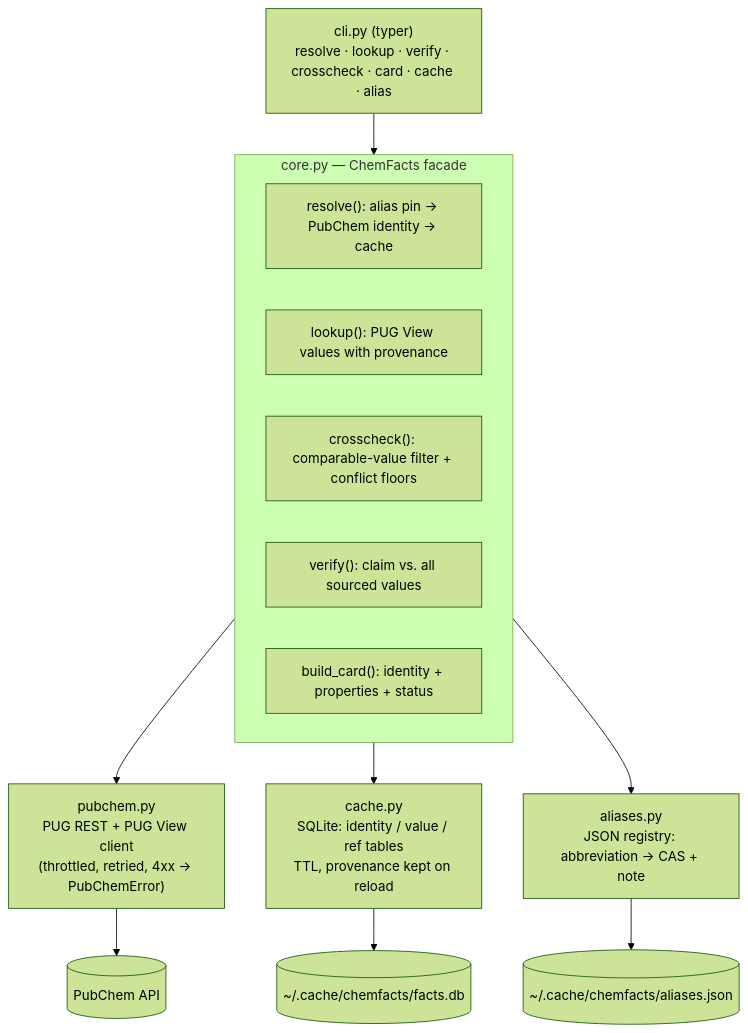
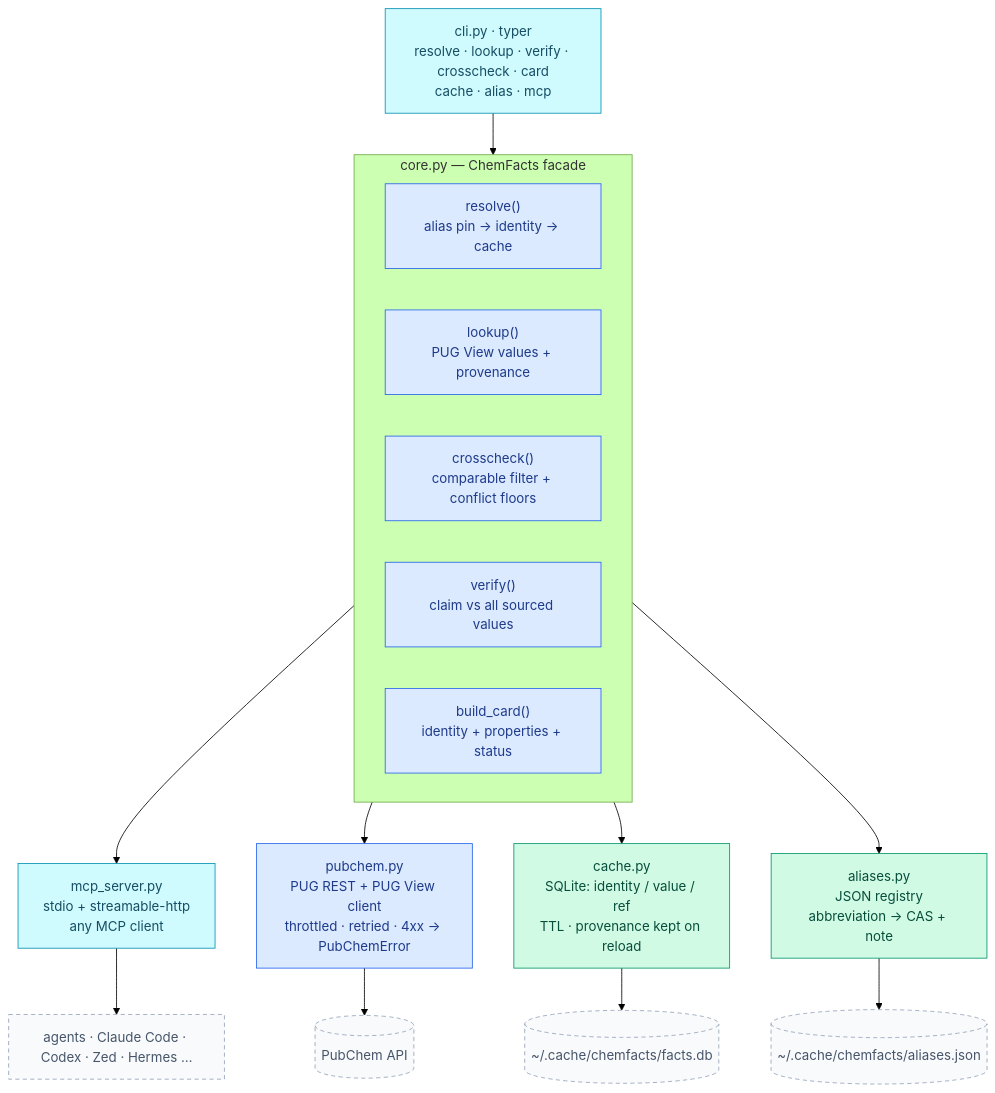
Before and after one commit to CL4Y68/chemfacts: the fourth of 4 diagrams in README.md, drawn with Mermaid (forest theme). The commit also changed other lines of this file and 1 other file, not shown here.

First line of the commit message:
beautify README diagrams: semantic color palette + node shapes + grouping

````diff
--- a/README.md
+++ b/README.md
@@ -127,17 +183,32 @@
 ```mermaid
 flowchart TD
-    CLI["cli.py (typer)<br/>resolve · lookup · verify · crosscheck · card · cache · alias"] --> CORE
+    CLI["cli.py · typer<br/>resolve · lookup · verify · crosscheck · card<br/>cache · alias · mcp"]:::mcp
     subgraph CORE["core.py — ChemFacts facade"]
-        R["resolve(): alias pin → PubChem identity → cache"]
-        L["lookup(): PUG View values with provenance"]
-        X["crosscheck(): comparable-value filter + conflict floors"]
-        V["verify(): claim vs. all sourced values"]
-        CD["build_card(): identity + properties + status"]
+        direction LR
+        R["resolve()<br/>alias pin → identity → cache"]:::proc
+        L["lookup()<br/>PUG View values + provenance"]:::proc
+        X["crosscheck()<br/>comparable filter + conflict floors"]:::proc
+        V["verify()<br/>claim vs all sourced values"]:::proc
+        C["build_card()<br/>identity + properties + status"]:::proc
     end
-    CORE --> P["pubchem.py<br/>PUG REST + PUG View client<br/>(throttled, retried, 4xx → PubChemError)"]
-    CORE --> C["cache.py<br/>SQLite: identity / value / ref tables<br/>TTL, provenance kept on reload"]
-    CORE --> A2["aliases.py<br/>JSON registry: abbreviation → CAS + note"]
-    P --> PC[("PubChem API")]
-    C --> DB[("~/.cache/chemfacts/facts.db")]
-    A2 --> J[("~/.cache/chemfacts/aliases.json")]
+    CLI --> CORE
+    M["mcp_server.py<br/>stdio + streamable-http<br/>any MCP client"]:::mcp
+    CORE --> M
+    M --> AG["agents · Claude Code · Codex · Zed · Hermes …"]:::ext
+    CORE --> P["pubchem.py<br/>PUG REST + PUG View client<br/>throttled · retried · 4xx → PubChemError"]:::proc
+    CORE --> CA["cache.py<br/>SQLite: identity / value / ref<br/>TTL · provenance kept on reload"]:::store
+    CORE --> AL["aliases.py<br/>JSON registry<br/>abbreviation → CAS + note"]:::store
+    P --> PC[("PubChem API")]:::ext
+    CA --> DB[("~/.cache/chemfacts/facts.db")]:::ext
+    AL --> J[("~/.cache/chemfacts/aliases.json")]:::ext
+    classDef io      fill:#e0e7ff,stroke:#4f46e5,stroke-width:2px,color:#312e81
+    classDef proc    fill:#dbeafe,stroke:#2563eb,color:#1e3a8a
+    classDef decide  fill:#fef3c7,stroke:#d97706,color:#78350f
+    classDef store   fill:#d1fae5,stroke:#059669,color:#064e3b
+    classDef ok      fill:#bbf7d0,stroke:#16a34a,stroke-width:2px,color:#14532d
+    classDef warn    fill:#fecaca,stroke:#dc2626,stroke-width:2px,color:#7f1d1d
+    classDef plain   fill:#e2e8f0,stroke:#64748b,color:#334155
+    classDef card   fill:#ede9fe,stroke:#7c3aed,stroke-width:2px,color:#4c1d95
+    classDef mcp    fill:#cffafe,stroke:#0891b2,color:#164e63
+    classDef ext    fill:#f8fafc,stroke:#94a3b8,stroke-dasharray:5 4,color:#475569
 ```
````
